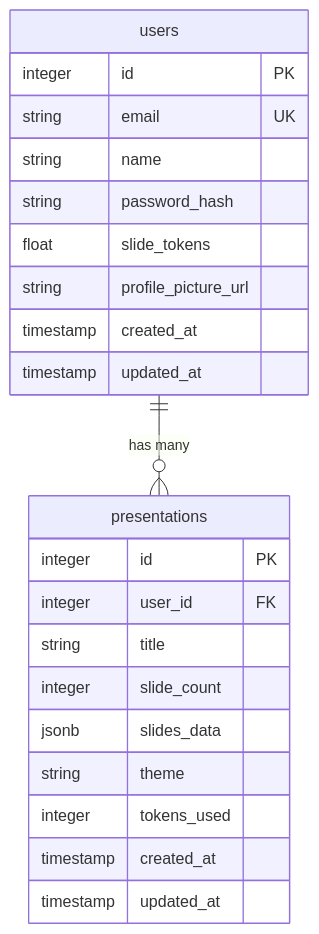
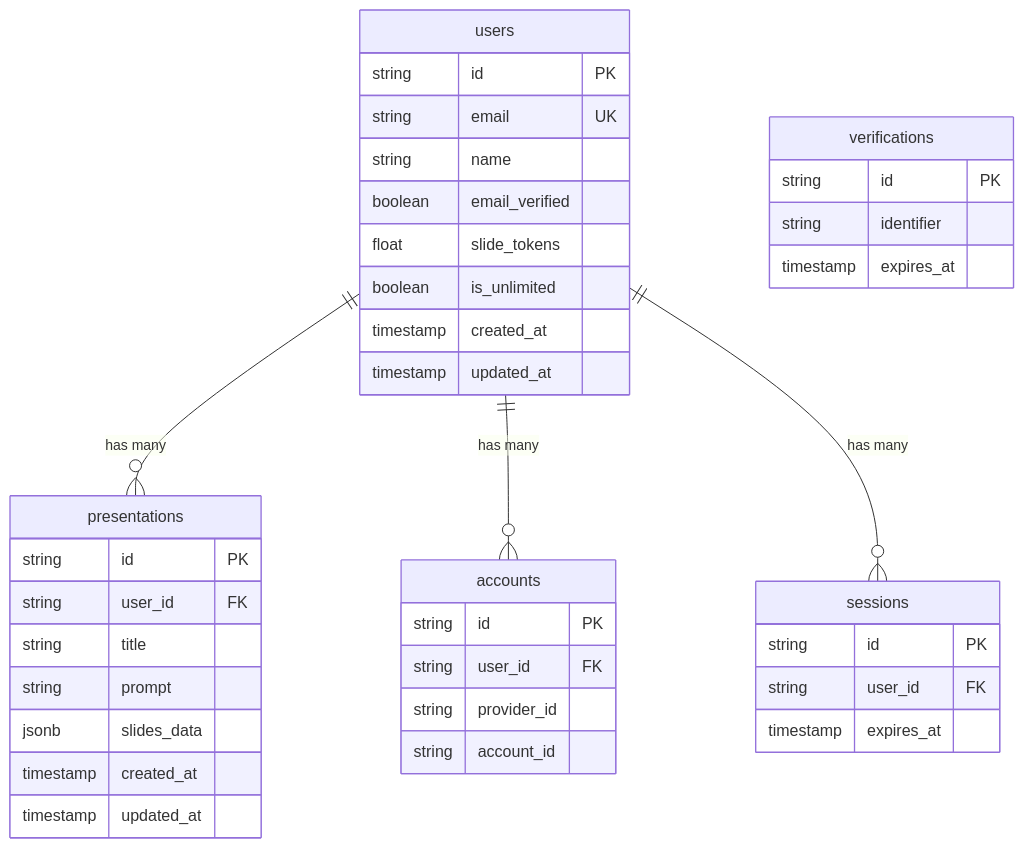
The sixth of 6 diagrams in docs/REQUEST_FLOWS.md (SINGH-RAJVEER/slidesage), drawn with Mermaid before and after one commit. The commit also changed other lines of this file and 63 other files, not shown here.

````diff
--- a/docs/REQUEST_FLOWS.md
+++ b/docs/REQUEST_FLOWS.md
@@ -140,27 +121,46 @@
 ```mermaid
 erDiagram
     users {
-        integer id PK
+        string id PK
         string email UK
         string name
-        string password_hash
+        boolean email_verified
         float slide_tokens
-        string profile_picture_url
+        boolean is_unlimited
         timestamp created_at
         timestamp updated_at
     }
 
+    accounts {
+        string id PK
+        string user_id FK
+        string provider_id
+        string account_id
+    }
+
+    sessions {
+        string id PK
+        string user_id FK
+        timestamp expires_at
+    }
+
+    verifications {
+        string id PK
+        string identifier
+        timestamp expires_at
+    }
+
     presentations {
-        integer id PK
-        integer user_id FK
+        string id PK
+        string user_id FK
         string title
-        integer slide_count
+        string prompt
         jsonb slides_data
-        string theme
-        integer tokens_used
         timestamp created_at
         timestamp updated_at
     }
 
     users ||--o{ presentations : "has many"
+    users ||--o{ accounts : "has many"
+    users ||--o{ sessions : "has many"
 ```
````
